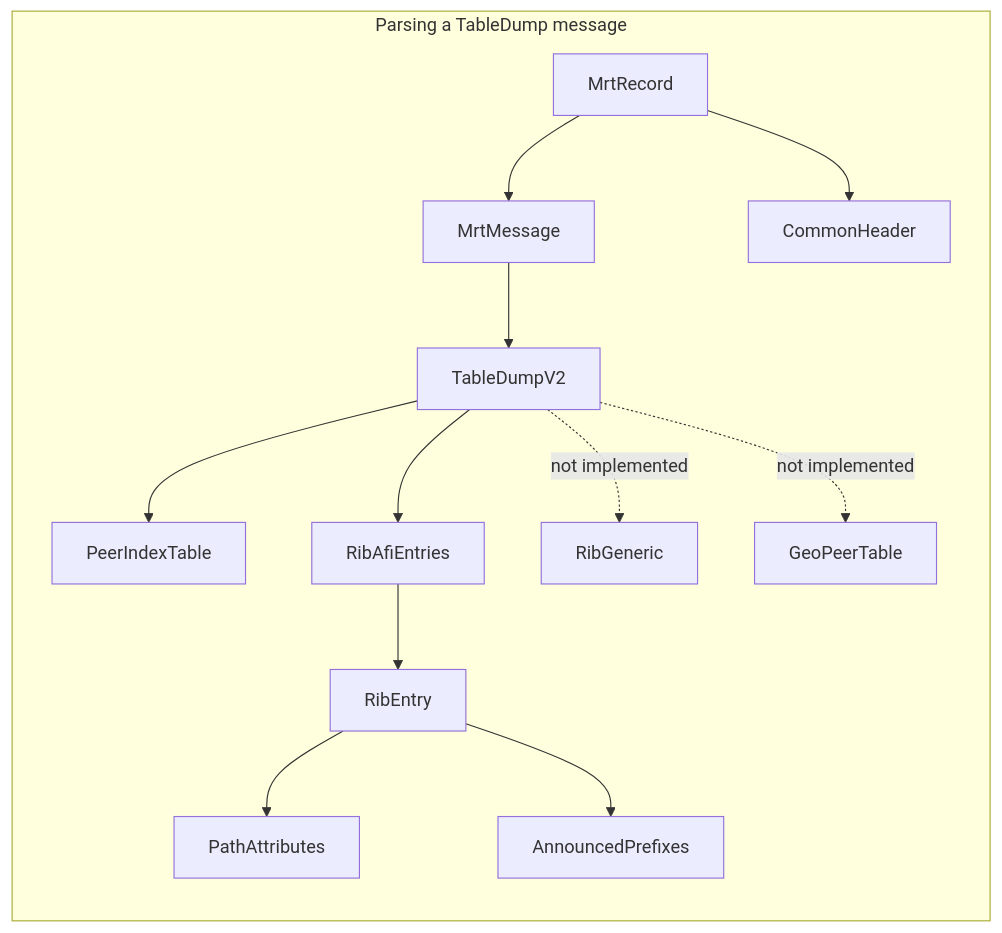
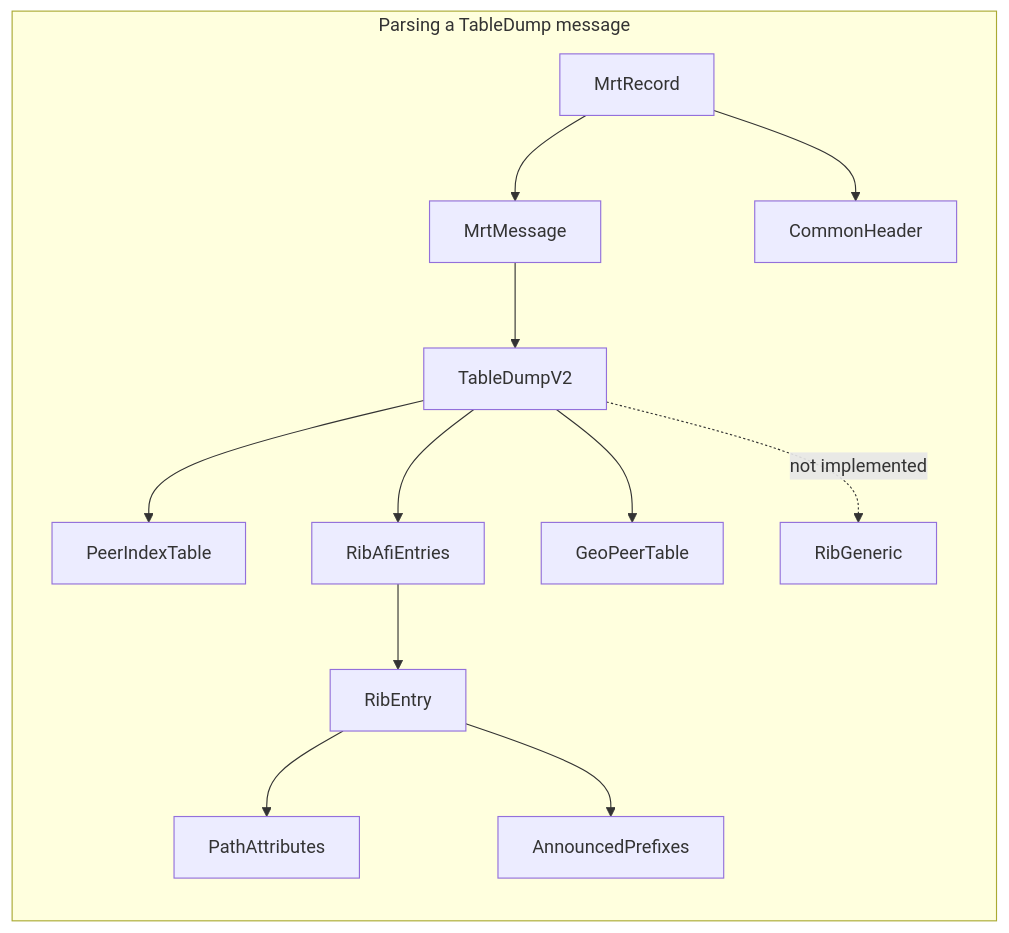
The fourth of 4 diagrams in src/parser/README.md (bgpkit/bgpkit-parser), drawn with Mermaid before and after one commit. The commit also changed other lines of this file and 8 other files, not shown here.

````diff
--- a/src/parser/README.md
+++ b/src/parser/README.md
@@ -66,11 +66,11 @@
 ```mermaid
 flowchart LR
     subgraph "Parsing a TableDump message"
         MrtRecord --> MrtMessage & CommonHeader
         MrtMessage --> TableDumpV2
-        TableDumpV2 --> PeerIndexTable & RibAfiEntries 
-        TableDumpV2 -.not implemented.-> RibGeneric & GeoPeerTable
+        TableDumpV2 --> PeerIndexTable & RibAfiEntries & GeoPeerTable
+        TableDumpV2 -.not implemented.-> RibGeneric
         RibAfiEntries --> RibEntry
         RibEntry --> PathAttributes & AnnouncedPrefixes
     end
 ```
````
